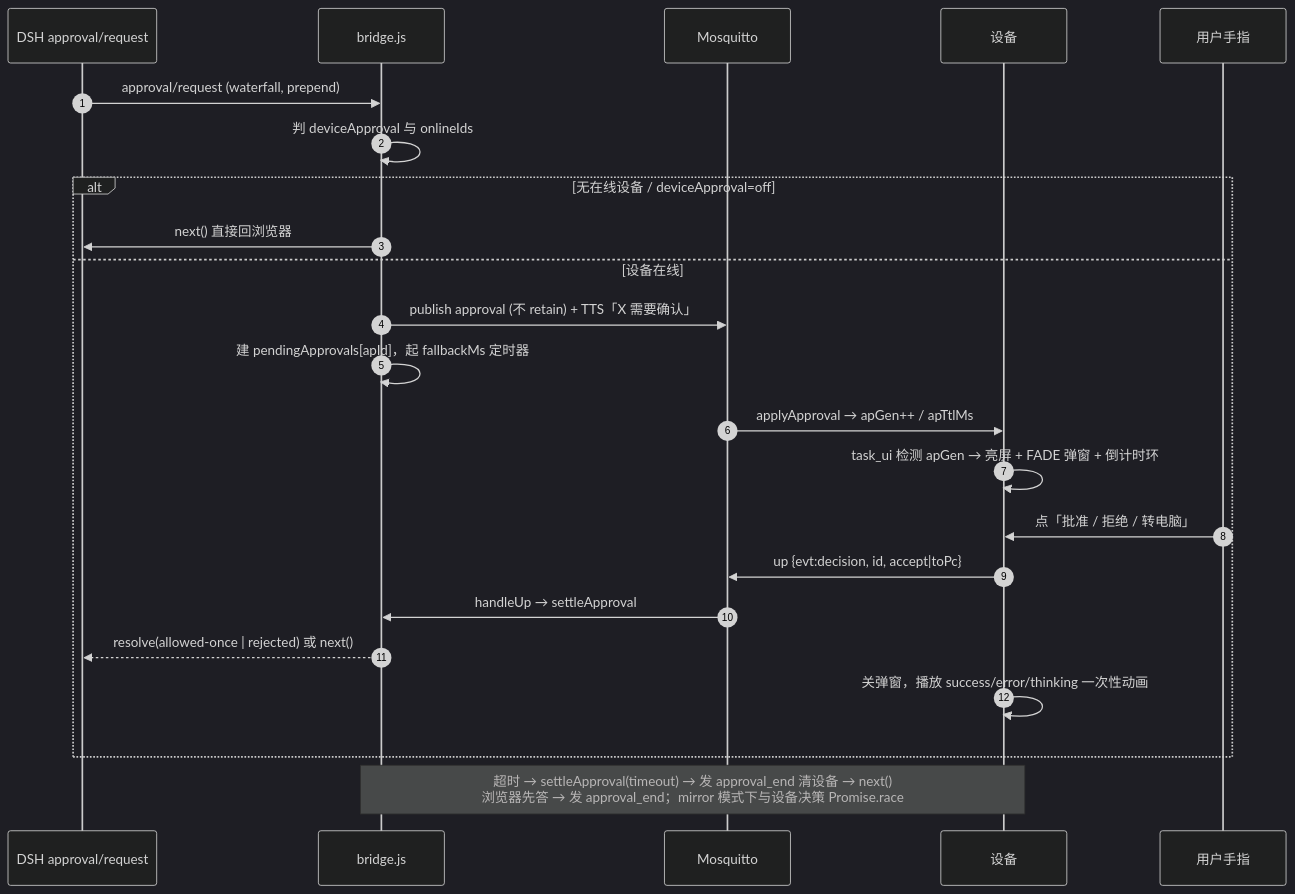
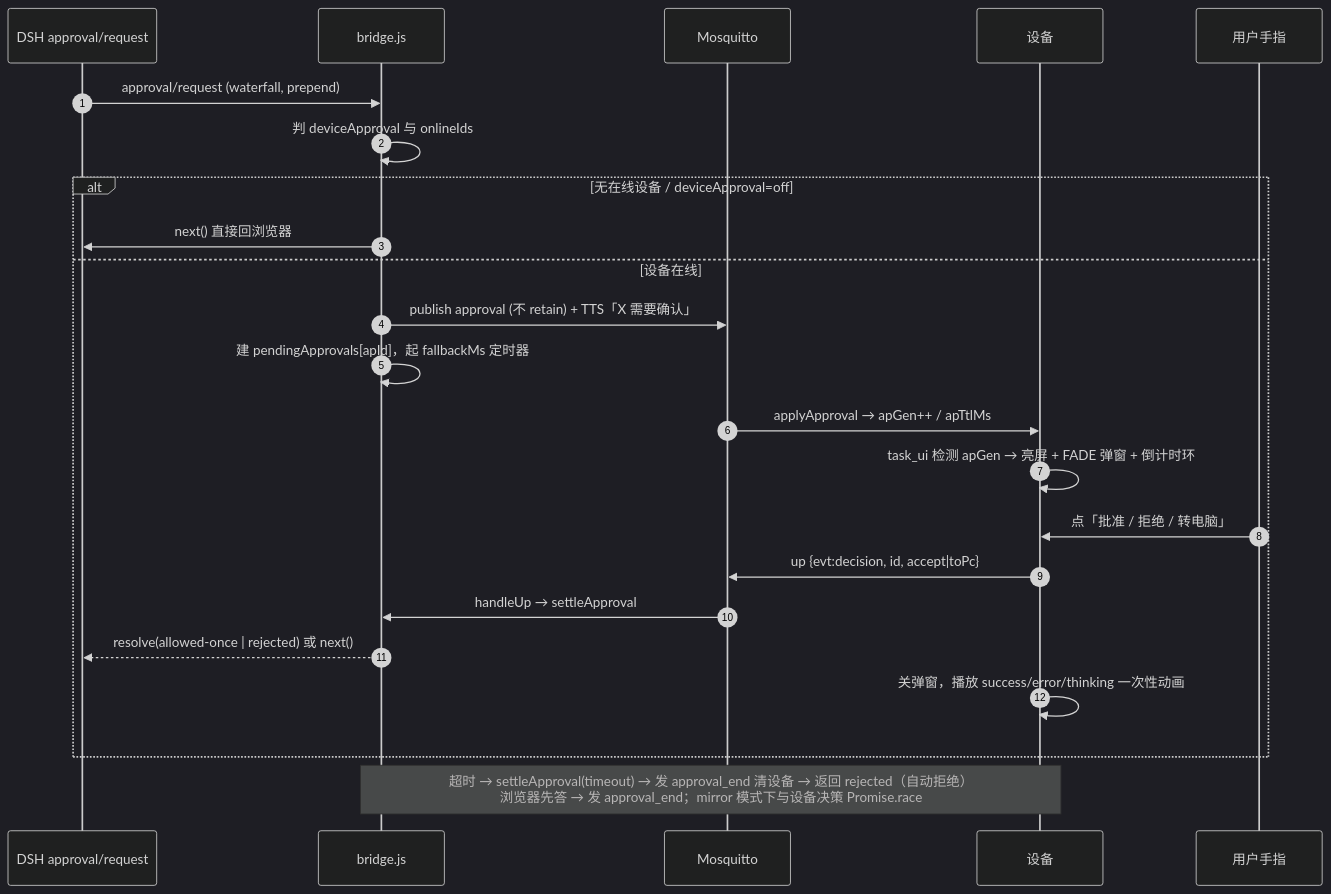
The sixth of 13 diagrams in docs/ARCHITECTURE.md (JAYcodr/whale-buddy-esp32), drawn with Mermaid (dark theme) before and after one commit. The commit also changed other lines of this file and 11 other files, not shown here.

````diff
--- a/docs/ARCHITECTURE.md
+++ b/docs/ARCHITECTURE.md
@@ -325,26 +325,26 @@
 ```mermaid
 sequenceDiagram
     autonumber
     participant DSH as DSH approval/request
     participant BR as bridge.js
     participant BRK as Mosquitto
     participant DEV as 设备
     participant U as 用户手指
 
     DSH->>BR: approval/request (waterfall, prepend)
     BR->>BR: 判 deviceApproval 与 onlineIds
     alt 无在线设备 / deviceApproval=off
         BR->>DSH: next() 直接回浏览器
     else 设备在线
         BR->>BRK: publish approval (不 retain) + TTS「X 需要确认」
         BR->>BR: 建 pendingApprovals[apId]，起 fallbackMs 定时器
         BRK->>DEV: applyApproval → apGen++ / apTtlMs
         DEV->>DEV: task_ui 检测 apGen → 亮屏 + FADE 弹窗 + 倒计时环
         U->>DEV: 点「批准 / 拒绝 / 转电脑」
         DEV->>BRK: up {evt:decision, id, accept|toPc}
         BRK->>BR: handleUp → settleApproval
         BR-->>DSH: resolve(allowed-once | rejected) 或 next()
         DEV->>DEV: 关弹窗，播放 success/error/thinking 一次性动画
     end
-    Note over BR,DEV: 超时 → settleApproval(timeout) → 发 approval_end 清设备 → next()<br/>浏览器先答 → 发 approval_end；mirror 模式下与设备决策 Promise.race
+    Note over BR,DEV: 超时 → settleApproval(timeout) → 发 approval_end 清设备 → 返回 rejected（自动拒绝）<br/>浏览器先答 → 发 approval_end；mirror 模式下与设备决策 Promise.race
 ```
````
